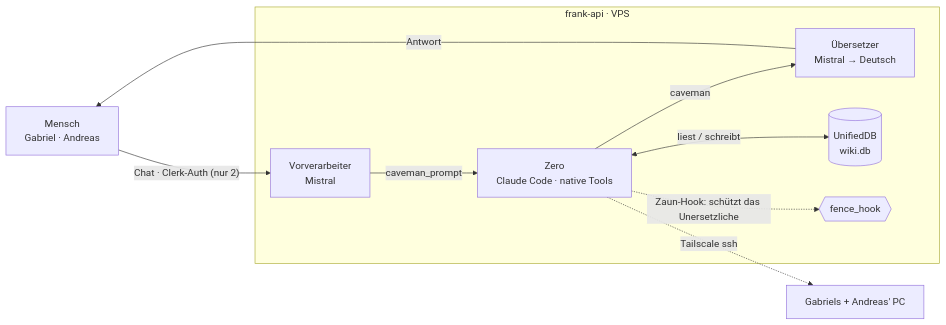
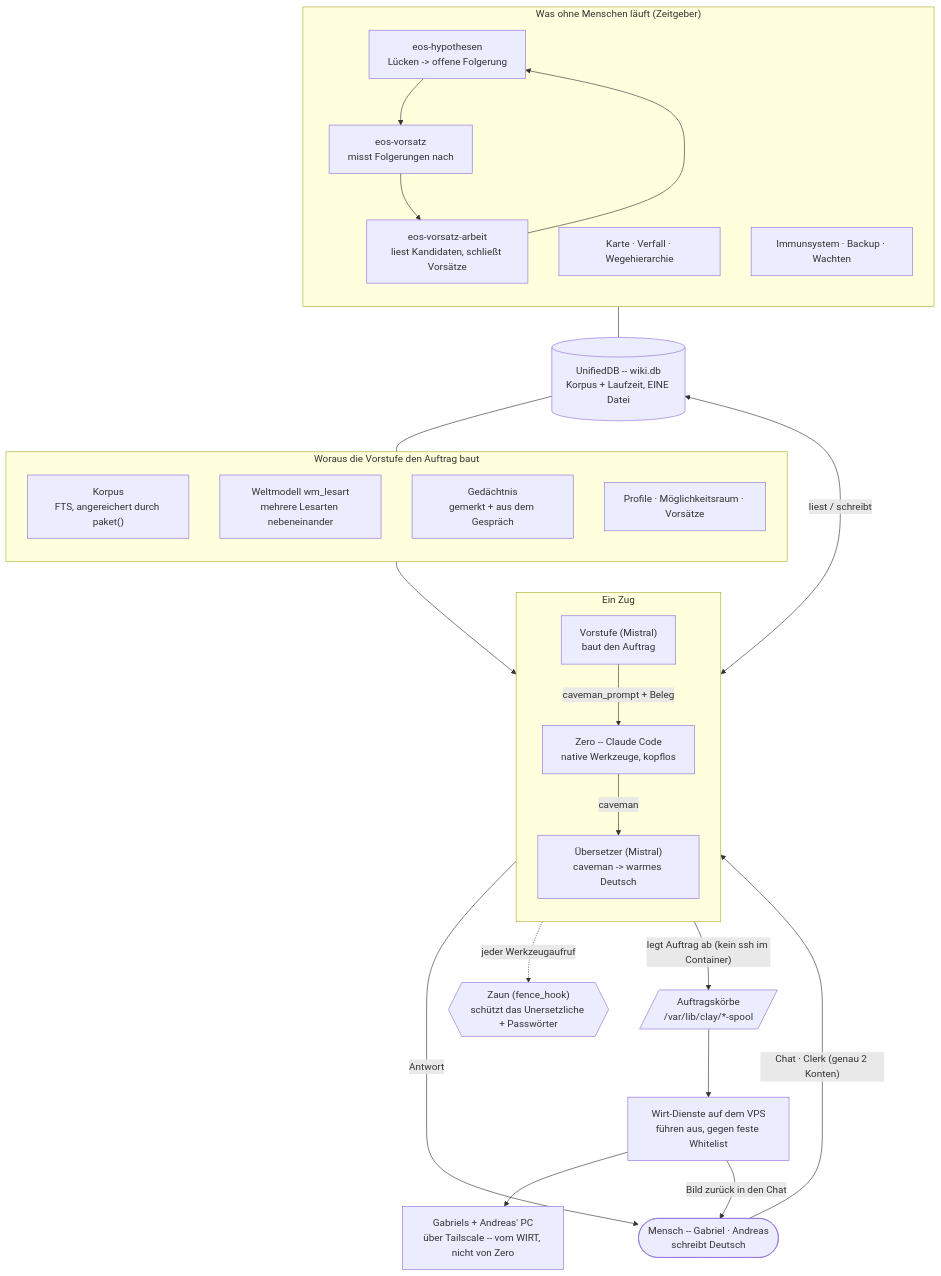
The diagram in agentZero/ZIELE.md (gschaidergabriel/Cognitive-devmachine), drawn with Mermaid before and after one commit. The commit also changed other lines of this file and 79 other files, not shown here.

````diff
--- a/agentZero/ZIELE.md
+++ b/agentZero/ZIELE.md
@@ -182,13 +182,48 @@
 ```mermaid
-flowchart LR
-  M["Mensch<br/>Gabriel · Andreas"] -->|"Chat · Clerk-Auth (nur 2)"| V["Vorverarbeiter<br/>Mistral"]
-  V -->|caveman_prompt| Z["Zero<br/>Claude Code · native Tools"]
-  Z -->|caveman| UE["Übersetzer<br/>Mistral → Deutsch"]
+flowchart TD
+  M(["Mensch -- Gabriel · Andreas<br/>schreibt Deutsch"])
+
+  subgraph ZUG ["Ein Zug"]
+    direction TB
+    V["Vorstufe (Mistral)<br/>baut den Auftrag"]
+    Z["Zero -- Claude Code<br/>native Werkzeuge, kopflos"]
+    UE["Übersetzer (Mistral)<br/>caveman -> warmes Deutsch"]
+    V -->|caveman_prompt + Beleg| Z
+    Z -->|caveman| UE
+  end
+
+  subgraph KONTEXT ["Woraus die Vorstufe den Auftrag baut"]
+    direction TB
+    K["Korpus<br/>FTS, angereichert durch paket()"]
+    W["Weltmodell wm_lesart<br/>mehrere Lesarten nebeneinander"]
+    G["Gedächtnis<br/>gemerkt + aus dem Gespräch"]
+    P["Profile · Möglichkeitsraum · Vorsätze"]
+  end
+
+  subgraph AUTONOM ["Was ohne Menschen läuft (Zeitgeber)"]
+    direction TB
+    H["eos-hypothesen<br/>Lücken -> offene Folgerung"]
+    PR["eos-vorsatz<br/>misst Folgerungen nach"]
+    AR["eos-vorsatz-arbeit<br/>liest Kandidaten, schließt Vorsätze"]
+    KA["Karte · Verfall · Wegehierarchie"]
+    IM["Immunsystem · Backup · Wachten"]
+    H --> PR --> AR --> H
+  end
+
+  U[("UnifiedDB -- wiki.db<br/>Korpus + Laufzeit, EINE Datei")]
+  F{{"Zaun (fence_hook)<br/>schützt das Unersetzliche + Passwörter"}}
+  KO[/"Auftragskörbe<br/>/var/lib/clay/*-spool"/]
+  WIRT["Wirt-Dienste auf dem VPS<br/>führen aus, gegen feste Whitelist"]
+  PC["Gabriels + Andreas' PC<br/>über Tailscale -- vom WIRT, nicht von Zero"]
+
+  M -->|"Chat · Clerk (genau 2 Konten)"| V
   UE -->|Antwort| M
-  Z <-->|liest / schreibt| U[("UnifiedDB<br/>wiki.db")]
-  Z -.->|"Zaun-Hook: schützt das Unersetzliche"| F{{fence_hook}}
-  Z -.->|Tailscale ssh| PC["Gabriels + Andreas' PC"]
-  subgraph VPS ["frank-api · VPS"]
-    V; Z; UE; U; F
-  end
+  KONTEXT --> V
+  U --- KONTEXT
+  Z <-->|liest / schreibt| U
+  Z -.->|jeder Werkzeugaufruf| F
+  Z -->|"legt Auftrag ab (kein ssh im Container)"| KO
+  KO --> WIRT --> PC
+  WIRT -->|"Bild zurück in den Chat"| M
+  AUTONOM --- U
 ```
````
